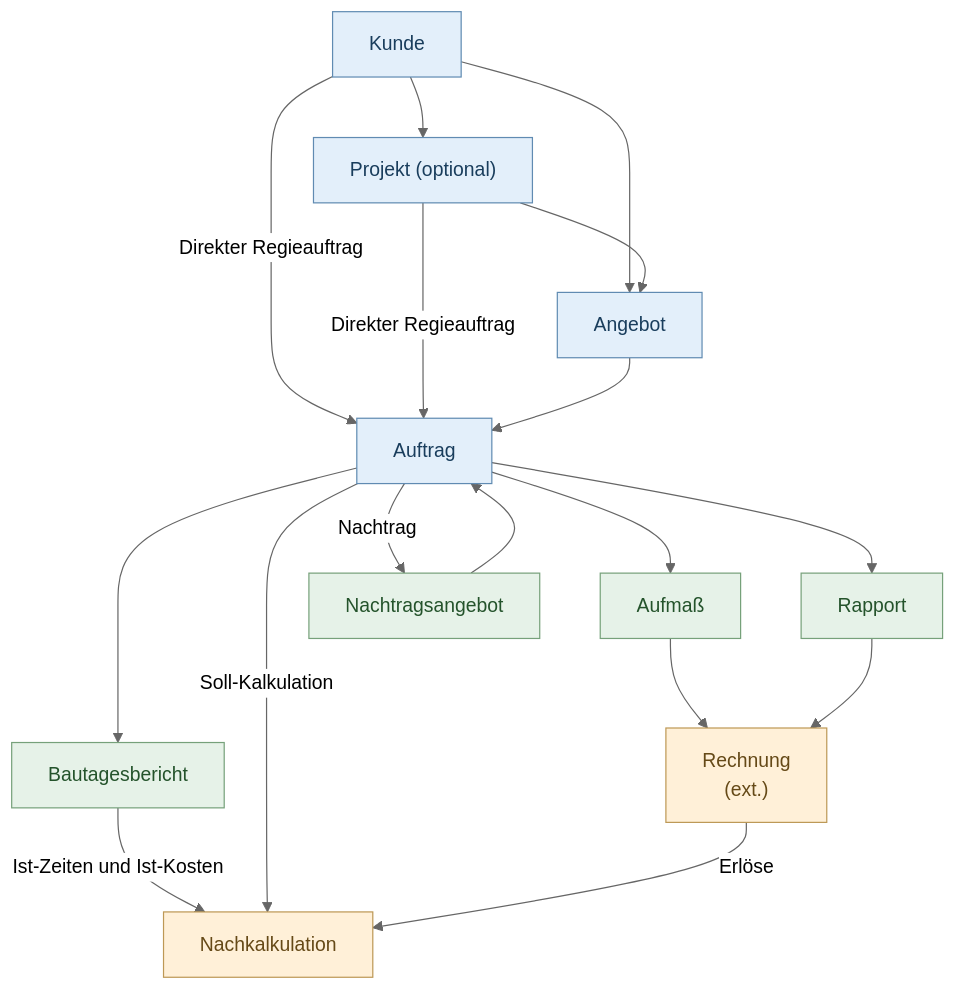
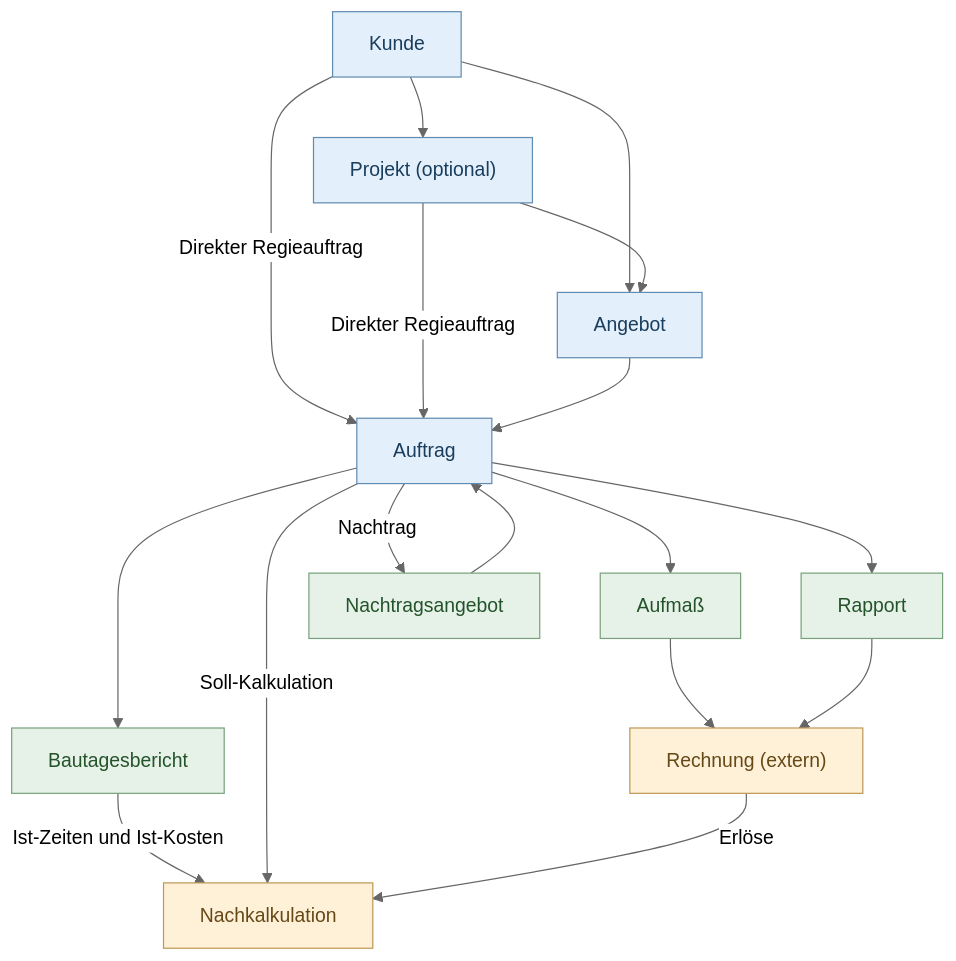
The diagram in docs/README.md (Budlowski/calight), drawn with Mermaid (neutral theme) before and after one commit. The commit also changed other lines of this file, not shown here.

````diff
--- a/docs/README.md
+++ b/docs/README.md
@@ -25,42 +50,42 @@
 ```mermaid
 flowchart TD
     K["Kunde"]
     P["Projekt (optional)"]
     A["Angebot"]
     AU["Auftrag"]
     BT["Bautagesbericht"]
     AM["Aufmaß"]
     RP["Rapport"]
-    RE["Rechnung<br>(ext.)"]
+    RE["Rechnung (extern)"]
     NK["Nachkalkulation"]
 
     K --> P
     K --> A
     P --> A
 
     K -->|"Direkter Regieauftrag"| AU
     P -->|"Direkter Regieauftrag"| AU
     A --> AU
 
     AU --> BT
     AU --> AM
     AU --> RP
 
     AU -->|"Nachtrag"| NA["Nachtragsangebot"]
     NA --> AU
 
     AM --> RE
     RP --> RE
 
     BT -->|"Ist-Zeiten und Ist-Kosten"| NK
     AU -->|"Soll-Kalkulation"| NK
     RE -->|"Erlöse"| NK
 
     classDef main fill:#e3effa,stroke:#608bb2,color:#193d5c
     classDef docs fill:#e6f2e8,stroke:#76a17a,color:#24532b
     classDef result fill:#fff0d8,stroke:#bd9855,color:#654917
 
     class K,P,A,AU main
     class BT,AM,RP,NA docs
     class RE,NK result
 ```
````
